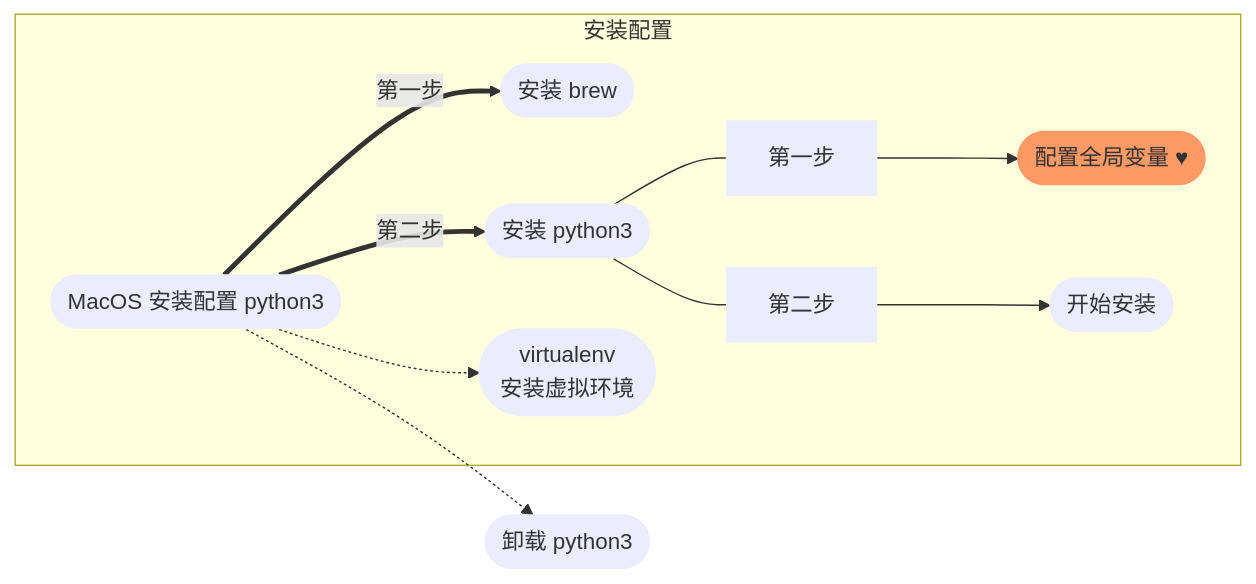
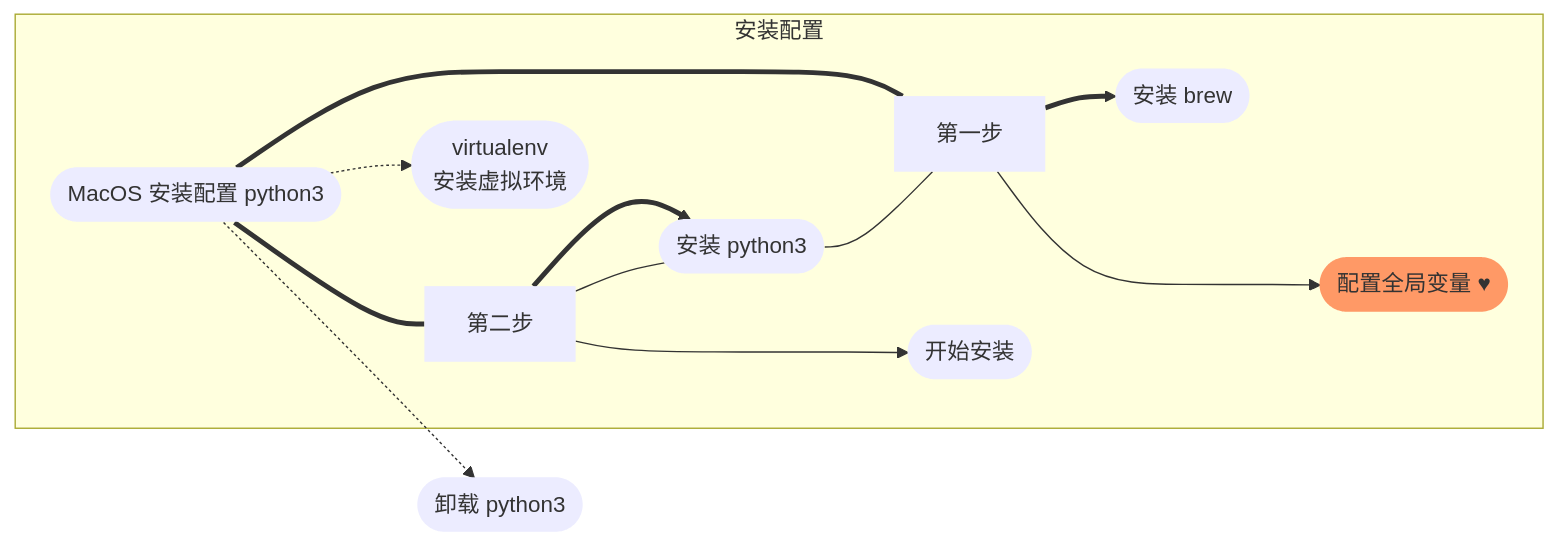
Before and after one commit to yangtudou/yangtudou: the diagram in MacOS安装配置python3.md, drawn with Mermaid. The commit also changed other lines of this file, not shown here.

````diff
--- a/MacOS安装配置python3.md
+++ b/MacOS安装配置python3.md
@@ -10,18 +10,16 @@
 ```mermaid
 flowchart LR
     %% 定义全局的样式
     classDef default stroke-width:0px;
     classDef important fill:#f96;
     %% 结束
     A([MacOS 安装配置 python3])
     subgraph 安装配置
-    A == 第一步 ==> B([安装 brew])
-    A == 第二步 ==> C([安装 python3])
+    A === 第一步 ==> B([安装 brew])
+    A === 第二步 ==> C([安装 python3])
     C --- 第一步 --->C1(["配置全局变量 #9829;"]):::important
     C --- 第二步 --->C2([开始安装])
     A -.-> D([" virtualenv\n安装虚拟环境"])
     end
     A -.-> E([卸载 python3])
-    %% 链接
-    click B href "#brew" "brew"
 ```
````
